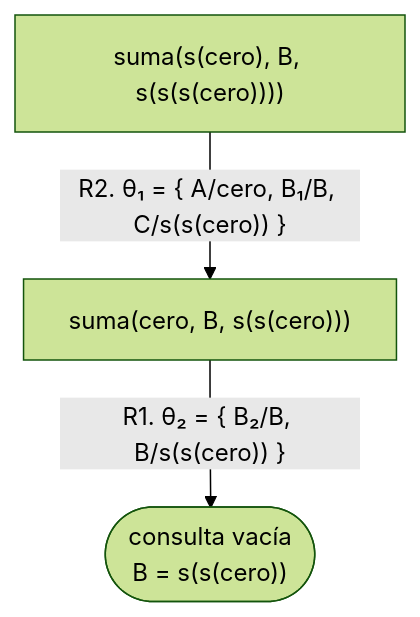
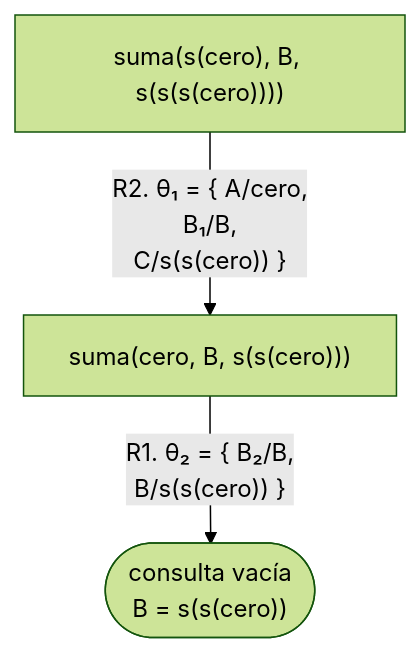
Before and after one commit to CesarBallardini/curso-de-prolog: the fourth of 7 diagrams in docs/capitulo-06-recursion/soluciones.md, drawn with Mermaid (forest theme). The commit also changed other lines of this file and 24 other files, not shown here.

First line of the commit message:
feat(docs): botones para ocultar las columnas laterales y etiquetas cortas en los diagramas

````diff
--- a/docs/capitulo-06-recursion/soluciones.md
+++ b/docs/capitulo-06-recursion/soluciones.md
@@ -333,5 +333,5 @@
 ```mermaid
 flowchart TD
-    A["suma(s(cero), B, s(s(s(cero))))"] -- "R2. θ₁ = {&nbsp;A/cero, B₁/B, C/s(s(cero))&nbsp;}" --> B["suma(cero, B, s(s(cero)))"]
-    B -- "R1. θ₂ = {&nbsp;B₂/B, B/s(s(cero))&nbsp;}" --> S(["consulta vacía<br/>B = s(s(cero))"])
+    A["suma(s(cero), B, s(s(s(cero))))"] -- "R2. θ₁ = {&nbsp;A/cero,<br/>B₁/B,<br/>C/s(s(cero))&nbsp;}" --> B["suma(cero, B, s(s(cero)))"]
+    B -- "R1. θ₂ = {&nbsp;B₂/B,<br/>B/s(s(cero))&nbsp;}" --> S(["consulta vacía<br/>B = s(s(cero))"])
 ```
````
